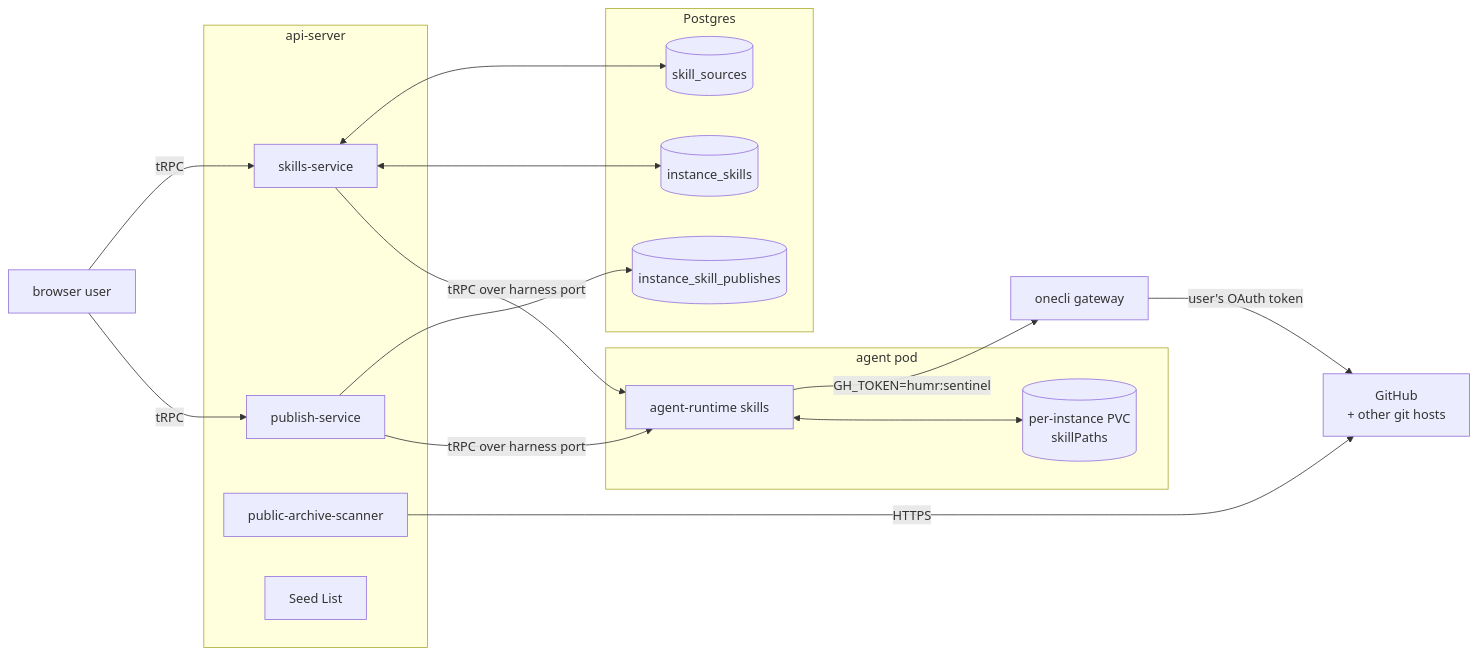
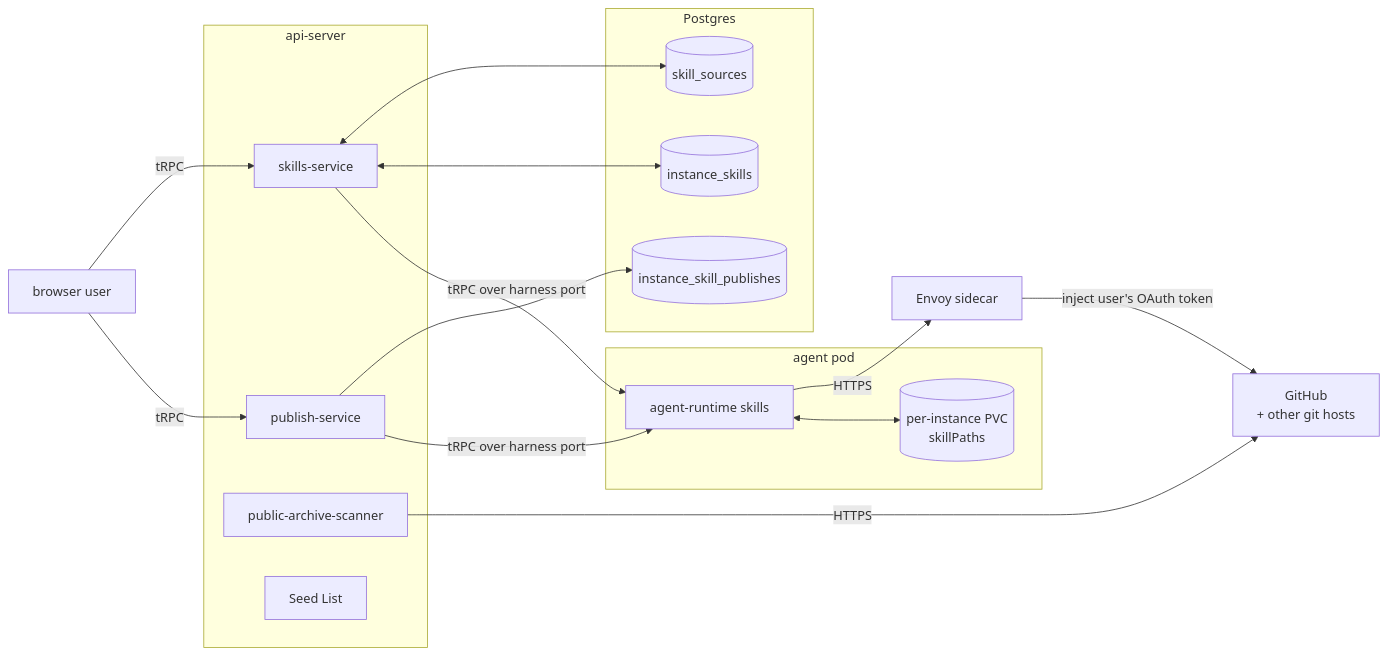
One commit to subbyte/dam changed the first of 3 diagrams in docs/architecture/skills.md. Above: the diagram before and after it, drawn with Mermaid. The commit also changed other lines of this file and 105 other files, not shown here.

````diff
--- a/docs/architecture/skills.md
+++ b/docs/architecture/skills.md
@@ -25,40 +26,40 @@
 ```mermaid
 flowchart LR
   user[browser user]
   github[GitHub<br/>+ other git hosts]
 
   subgraph api-server[api-server]
     skills-svc[skills-service]
     pub-svc[publish-service]
     scanner[public-archive-scanner]
     seeds[Seed List]
   end
 
   subgraph postgres[Postgres]
     src[(skill_sources)]
     inst[(instance_skills)]
     pubs[(instance_skill_publishes)]
   end
 
   subgraph pod[agent pod]
     rt-skills[agent-runtime skills]
     pvc[(per-instance PVC<br/>skillPaths)]
   end
 
-  onecli[onecli gateway]
+  envoy[Envoy sidecar]
 
   user -->|tRPC| skills-svc
   user -->|tRPC| pub-svc
 
   skills-svc <--> src
   skills-svc <--> inst
   pub-svc --> pubs
 
   scanner -->|HTTPS| github
   skills-svc -->|tRPC over harness port| rt-skills
   pub-svc -->|tRPC over harness port| rt-skills
 
-  rt-skills -->|GH_TOKEN=humr:sentinel| onecli
-  onecli -->|user's OAuth token| github
+  rt-skills -->|HTTPS| envoy
+  envoy -->|inject user's OAuth token| github
   rt-skills <--> pvc
 ```
````
